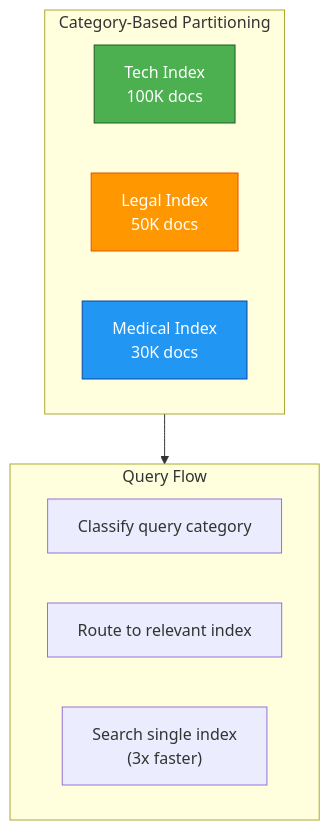
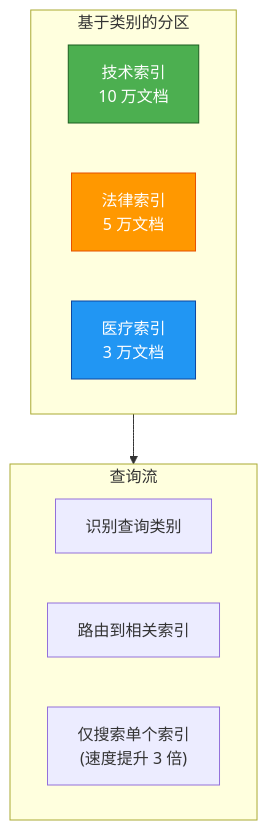
The tenth of 14 diagrams in i18n/zh-Hans/docusaurus-plugin-content-docs/current/ai/rag/03-index.mdx (YiWang24/AiDIY), drawn with Mermaid before and after one commit. The commit also changed other lines of this file and 59 other files, not shown here.

````diff
--- a/i18n/zh-Hans/docusaurus-plugin-content-docs/current/ai/rag/03-index.mdx
+++ b/i18n/zh-Hans/docusaurus-plugin-content-docs/current/ai/rag/03-index.mdx
@@ -761,20 +739,20 @@
 ```mermaid
 flowchart TB
-    subgraph Category["Category-Based Partitioning"]
-        C1["Tech Index<br/>100K docs"]
-        C2["Legal Index<br/>50K docs"]
-        C3["Medical Index<br/>30K docs"]
+    subgraph Category["基于类别的分区"]
+        C1["技术索引<br/>10 万文档"]
+        C2["法律索引<br/>5 万文档"]
+        C3["医疗索引<br/>3 万文档"]
     end
 
-    subgraph Query["Query Flow"]
-        Q1["Classify query category"]
-        Q2["Route to relevant index"]
-        Q3["Search single index<br/>(3x faster)"]
+    subgraph Query["查询流"]
+        Q1["识别查询类别"]
+        Q2["路由到相关索引"]
+        Q3["仅搜索单个索引<br/>(速度提升 3 倍)"]
     end
 
     Category --> Query
 
     style C1 fill:#4caf50,stroke:#1b5e20,color:#fff
     style C2 fill:#ff9800,stroke:#e65100,color:#fff
     style C3 fill:#2196f3,stroke:#0d47a1,color:#fff
 ```
````
